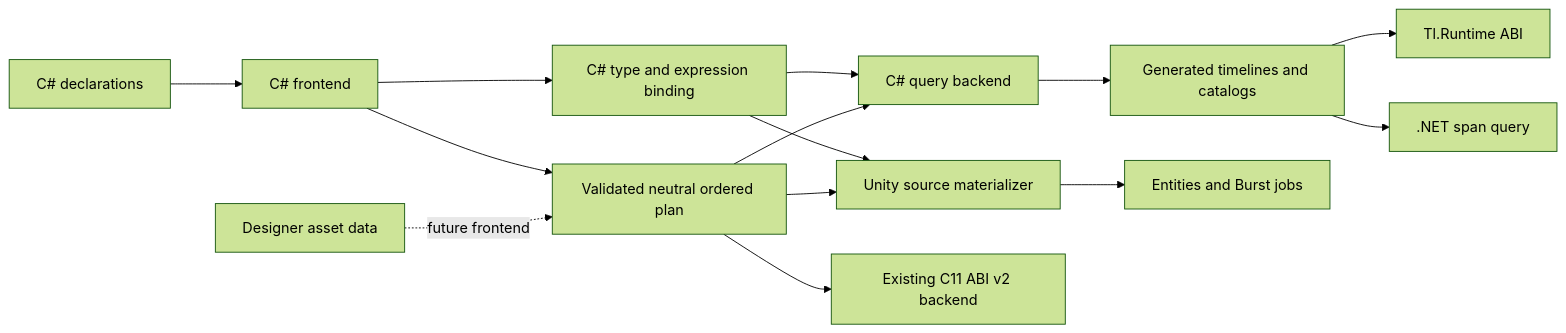
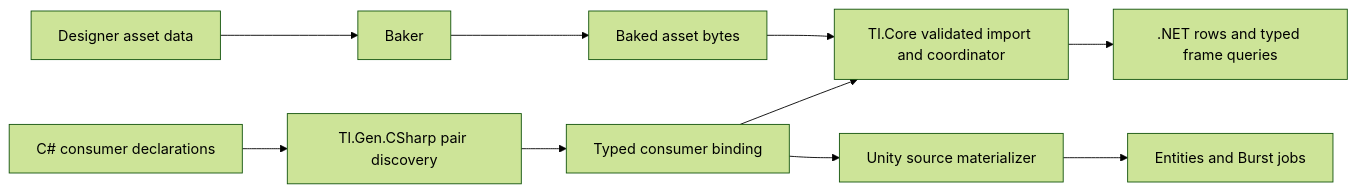
The first of 3 diagrams in docs/architecture.md (IAFahim/tl), drawn with Mermaid (forest theme) before and after one commit. The commit also changed other lines of this file and 31 other files, not shown here.

````diff
--- a/docs/architecture.md
+++ b/docs/architecture.md
@@ -5,16 +5,12 @@
 ```mermaid
 flowchart LR
-    CS[C# declarations] --> FE[C# frontend]
-    GUI[Designer asset data] -. future frontend .-> PLAN
-    FE --> PLAN[Validated neutral ordered plan]
-    FE --> BIND[C# type and expression binding]
-    PLAN --> GEN[C# query backend]
-    BIND --> GEN
-    GEN --> CODE[Generated timelines and catalogs]
-    CODE --> ABI[Tl.Runtime ABI]
-    CODE --> NET[.NET span query]
-    PLAN --> UNITY[Unity source materializer]
-    BIND --> UNITY
+    ASSET[Designer asset data] --> BAKE[Baker]
+    CS[C# consumer declarations] --> GEN[Tl.Gen.CSharp pair discovery]
+    GEN --> BIND[Typed consumer binding]
+    BAKE --> BYTES[Baked asset bytes]
+    BYTES --> CORE[Tl.Core validated import and coordinator]
+    BIND --> CORE
+    CORE --> NET[.NET rows and typed frame queries]
+    BIND --> UNITY[Unity source materializer]
     UNITY --> ECS[Entities and Burst jobs]
-    PLAN --> C11[Existing C11 ABI v2 backend]
 ```
````
